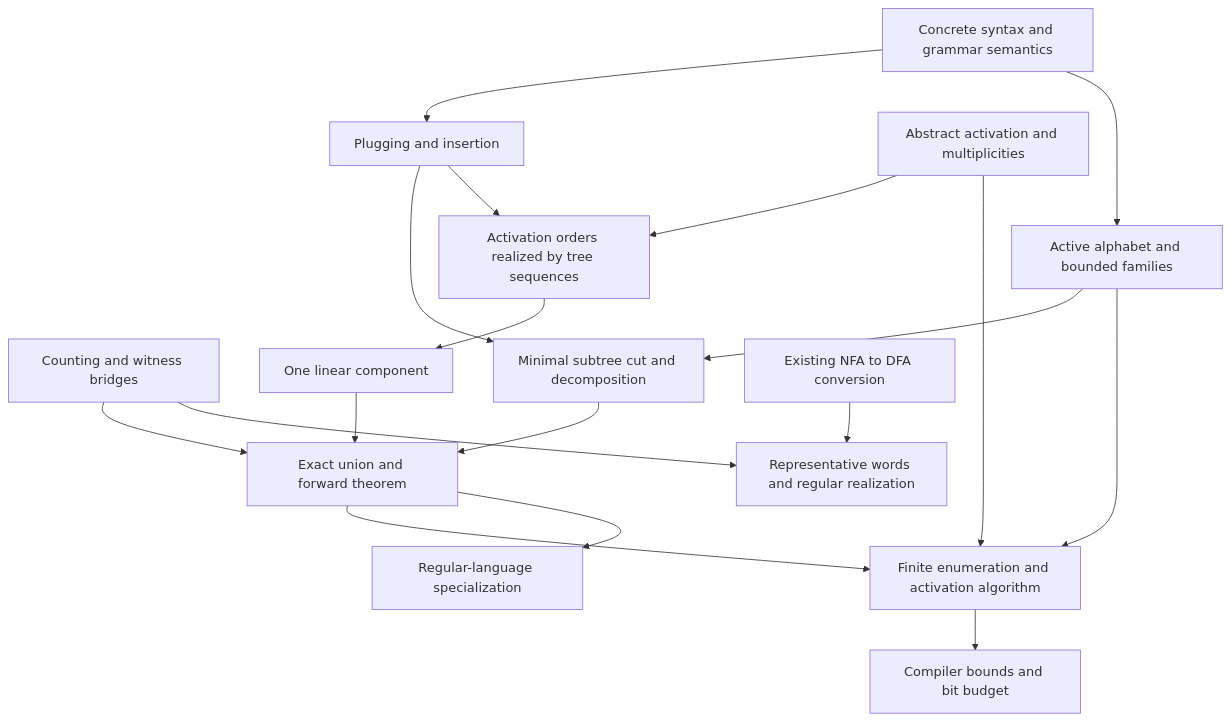
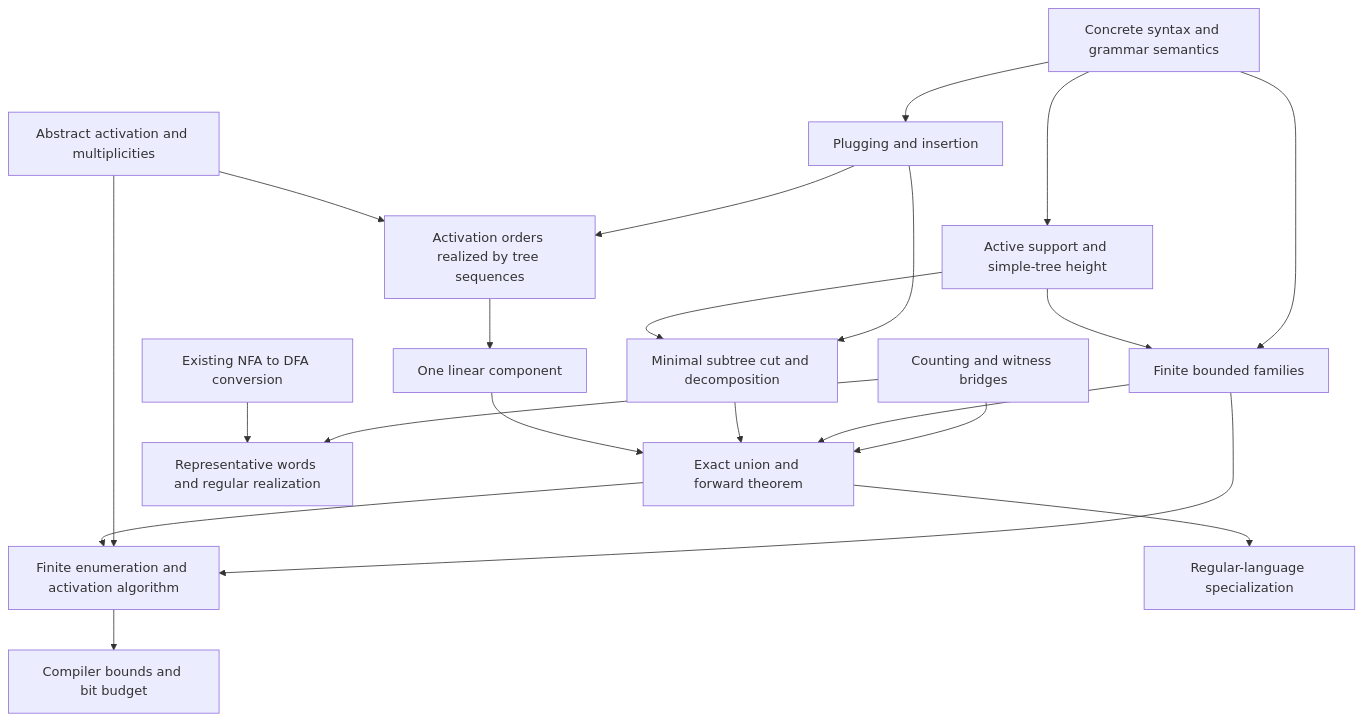
The diagram in docs/PROOF_PLAN.md (focs-lab/parikh-theorem), drawn with Mermaid before and after one commit. The commit also changed other lines of this file and 9 other files, not shown here.

Commit message:
Prove active support and simple-tree height bounds

````diff
--- a/docs/PROOF_PLAN.md
+++ b/docs/PROOF_PLAN.md
@@ -31,20 +32,23 @@
 ```mermaid
 flowchart TD
   Counting[Counting and witness bridges] --> Main[Exact union and forward theorem]
   Trees[Concrete syntax and grammar semantics] --> Surgery[Plugging and insertion]
-  Trees --> Bounded[Active alphabet and bounded families]
+  Trees --> Height[Active support and simple-tree height]
+  Trees --> Bounded[Finite bounded families]
+  Height --> Bounded
   Surgery --> Cut[Minimal subtree cut and decomposition]
-  Bounded --> Cut
+  Height --> Cut
+  Bounded --> Main
   Surgery --> Realize[Activation orders realized by tree sequences]
   Activation[Abstract activation and multiplicities] --> Realize
   Realize --> Linear[One linear component]
   Cut --> Main
   Linear --> Main
   Counting --> Converse[Representative words and regular realization]
   DFA[Existing NFA to DFA conversion] --> Converse
   Bounded --> Compiler[Finite enumeration and activation algorithm]
   Activation --> Compiler
   Main --> Compiler
   Compiler --> Bounds[Compiler bounds and bit budget]
   Main --> Regular[Regular-language specialization]
 ```
````
